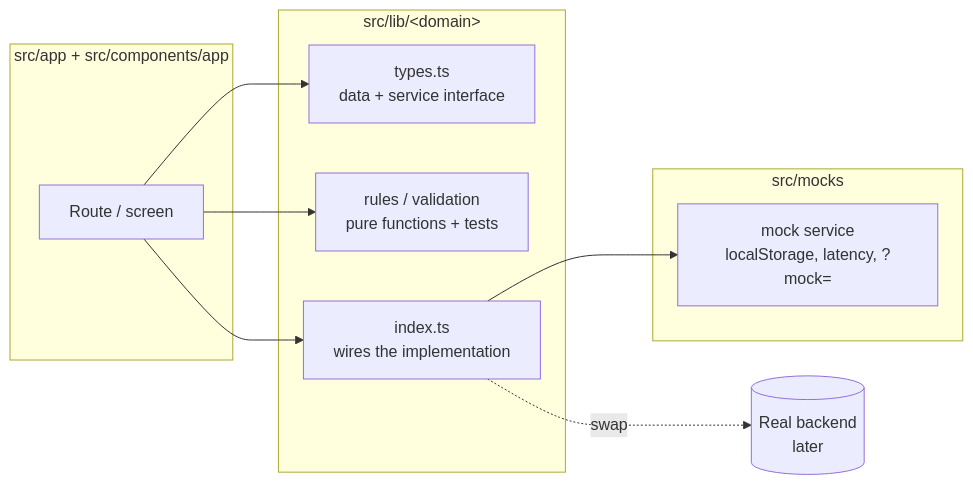
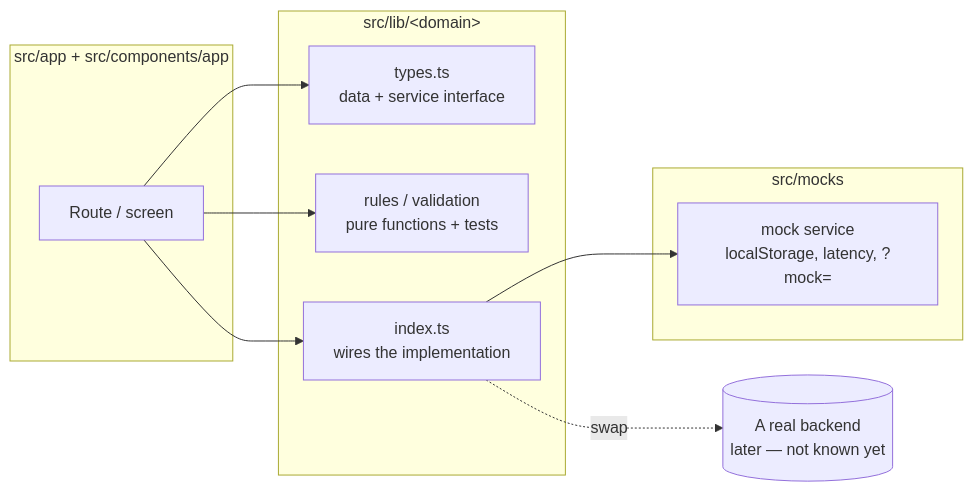
One commit to ProductPope/rentino-panel changed the diagram in docs/architecture.md. Above: the diagram before and after it, drawn with Mermaid. The commit also changed other lines of this file and 25 other files, not shown here.

````diff
--- a/docs/architecture.md
+++ b/docs/architecture.md
@@ -5,20 +5,20 @@
 ```mermaid
 flowchart LR
   subgraph UI["src/app + src/components/app"]
     page[Route / screen]
   end
   subgraph LIB["src/lib/&lt;domain&gt;"]
     types["types.ts<br/>data + service interface"]
     rules["rules / validation<br/>pure functions + tests"]
     index["index.ts<br/>wires the implementation"]
   end
   subgraph MOCKS["src/mocks"]
     mock["mock service<br/>localStorage, latency, ?mock="]
   end
-  backend[(Real backend<br/>later)]
+  backend[(A real backend<br/>later — not known yet)]
   page --> types
   page --> rules
   page --> index
   index --> mock
   index -. swap .-> backend
 ```
````
